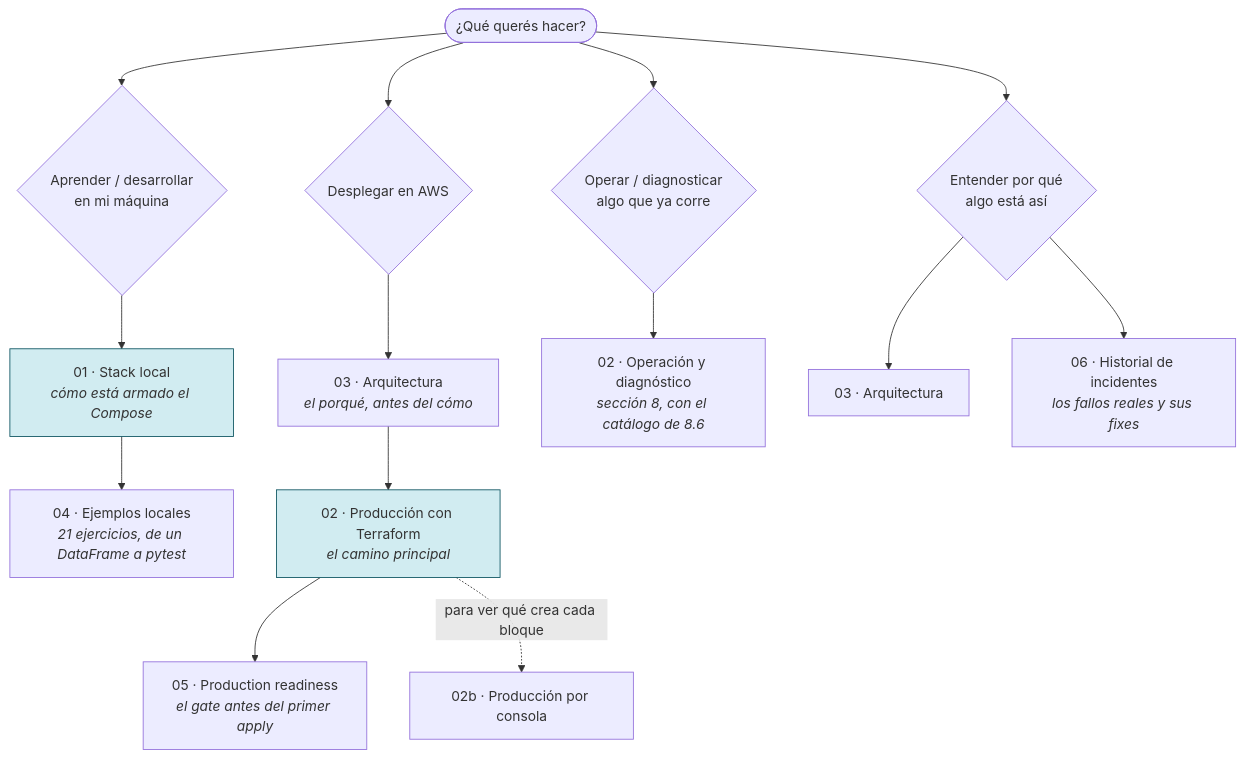
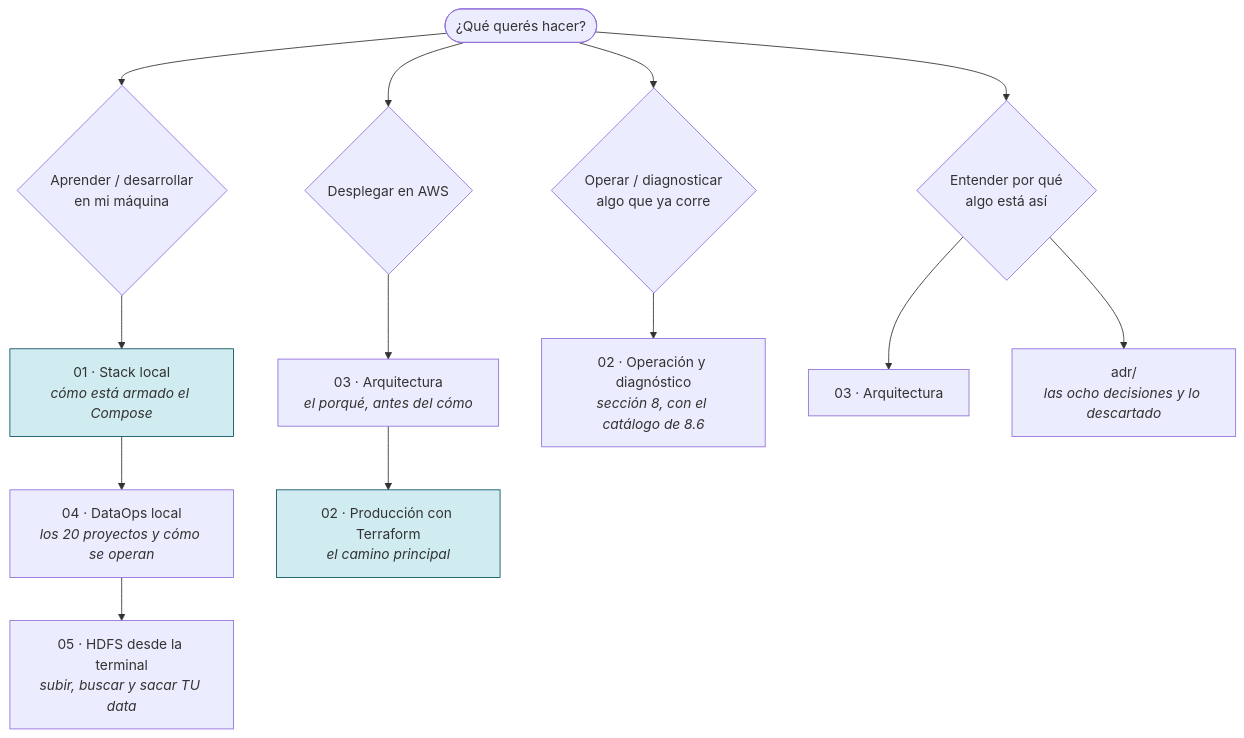
The diagram in docs/README.md (abantodca/pyspark_stack), drawn with Mermaid before and after one commit. The commit also changed other lines of this file and 72 other files, not shown here.

````diff
--- a/docs/README.md
+++ b/docs/README.md
@@ -78,24 +70,23 @@
 ```mermaid
 flowchart TD
     Q([¿Qué querés hacer?])
 
     Q --> L{"Aprender / desarrollar<br/>en mi máquina"}
     L --> L1["01 · Stack local<br/><i>cómo está armado el Compose</i>"]
-    L1 --> L2["04 · Ejemplos locales<br/><i>21 ejercicios, de un DataFrame a pytest</i>"]
+    L1 --> L2["04 · DataOps local<br/><i>los 20 proyectos y cómo se operan</i>"]
+    L2 --> L3["05 · HDFS desde la terminal<br/><i>subir, buscar y sacar TU data</i>"]
 
     Q --> P{"Desplegar en AWS"}
     P --> P0["03 · Arquitectura<br/><i>el porqué, antes del cómo</i>"]
     P0 --> P1["02 · Producción con Terraform<br/><i>el camino principal</i>"]
-    P1 --> P2["05 · Production readiness<br/><i>el gate antes del primer apply</i>"]
-    P1 -.->|"para ver qué crea cada bloque"| P3["02b · Producción por consola"]
 
     Q --> O{"Operar / diagnosticar<br/>algo que ya corre"}
     O --> O1["02 · Operación y diagnóstico<br/><i>sección 8, con el catálogo de 8.6</i>"]
 
     Q --> H{"Entender por qué<br/>algo está así"}
     H --> H1["03 · Arquitectura"]
-    H --> H2["06 · Historial de incidentes<br/><i>los fallos reales y sus fixes</i>"]
+    H --> H2["adr/<br/><i>las ocho decisiones y lo descartado</i>"]
 
     style P1 fill:#d1ecf1,stroke:#0c5460
     style L1 fill:#d1ecf1,stroke:#0c5460
 ```
````
